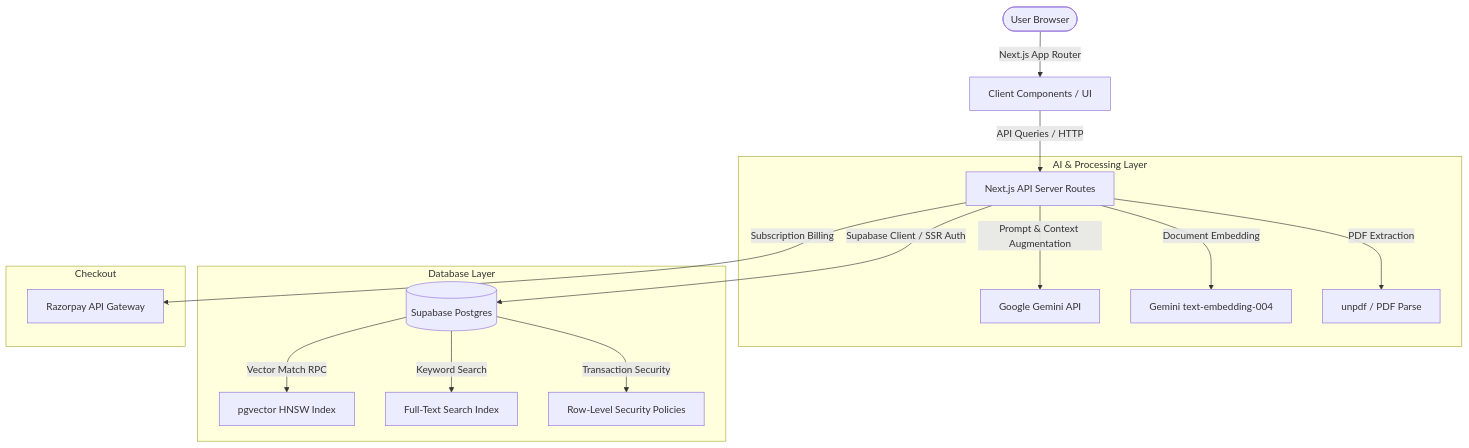
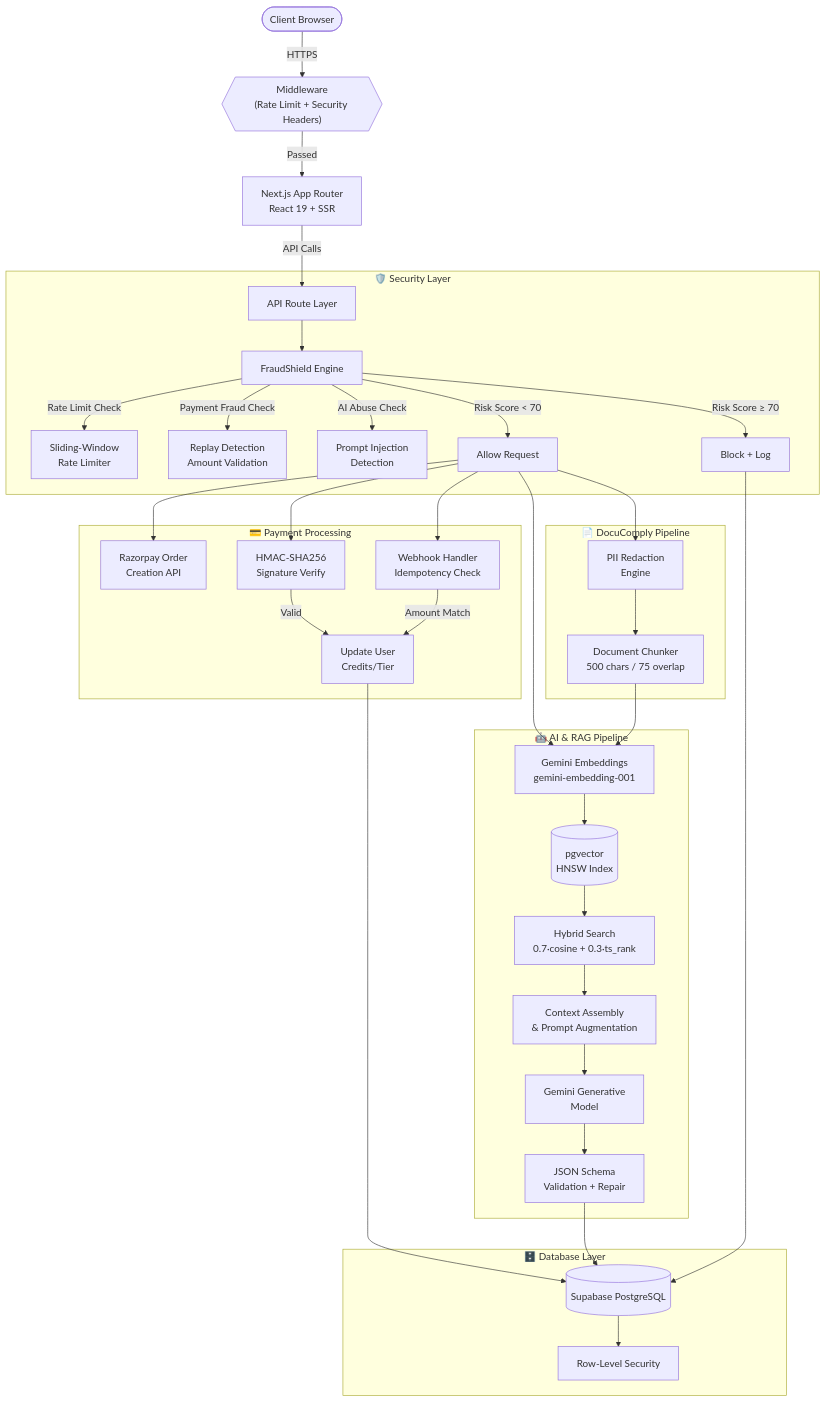
Before and after one commit to kalvaharshith/placementplot: the first of 3 diagrams in README.md, drawn with Mermaid. The commit also changed other lines of this file and 8 other files, not shown here.

Commit message:
chore: polish repo — remove test scripts, add .env.example, rewrite README with payment/fraud/compliance docs

````diff
--- a/README.md
+++ b/README.md
@@ -80,22 +40,45 @@
 ```mermaid
 flowchart TD
-  User([User Browser]) -->|Next.js App Router| Frontend[Client Components / UI]
-  Frontend -->|API Queries / HTTP| API[Next.js API Server Routes]
-  
-  subgraph AI & Processing Layer
-    API -->|Prompt & Context Augmentation| LLM[Google Gemini API]
-    API -->|Document Embedding| Embeddings[Gemini text-embedding-004]
-    API -->|PDF Extraction| Parser[unpdf / PDF Parse]
+  User([Client Browser]) -->|HTTPS| MW{{"Middleware<br/>(Rate Limit + Security Headers)"}}
+  MW -->|Passed| Frontend[Next.js App Router<br/>React 19 + SSR]
+  Frontend -->|API Calls| API[API Route Layer]
+
+  subgraph "🛡️ Security Layer"
+    API --> FS[FraudShield Engine]
+    FS -->|Rate Limit Check| RL[Sliding-Window<br/>Rate Limiter]
+    FS -->|Payment Fraud Check| PF[Replay Detection<br/>Amount Validation]
+    FS -->|AI Abuse Check| AI_SEC[Prompt Injection<br/>Detection]
+    FS -->|Risk Score ≥ 70| BLOCK[Block + Log]
+    FS -->|Risk Score < 70| PASS[Allow Request]
   end
 
-  subgraph Database Layer
-    API -->|Supabase Client / SSR Auth| Supabase[(Supabase Postgres)]
-    Supabase -->|Vector Match RPC| Vector[pgvector HNSW Index]
-    Supabase -->|Keyword Search| FTS[Full-Text Search Index]
-    Supabase -->|Transaction Security| RLS[Row-Level Security Policies]
+  subgraph "💳 Payment Processing"
+    PASS --> RZ_CREATE[Razorpay Order<br/>Creation API]
+    PASS --> RZ_VERIFY[HMAC-SHA256<br/>Signature Verify]
+    PASS --> RZ_WEBHOOK[Webhook Handler<br/>Idempotency Check]
+    RZ_VERIFY -->|Valid| CREDITS[Update User<br/>Credits/Tier]
+    RZ_WEBHOOK -->|Amount Match| CREDITS
   end
 
-  subgraph Checkout
-    API -->|Subscription Billing| Razorpay[Razorpay API Gateway]
+  subgraph "🤖 AI & RAG Pipeline"
+    PASS --> EMB[Gemini Embeddings<br/>gemini-embedding-001]
+    EMB --> VS[(pgvector<br/>HNSW Index)]
+    VS --> HYBRID[Hybrid Search<br/>0.7·cosine + 0.3·ts_rank]
+    HYBRID --> CTX[Context Assembly<br/>& Prompt Augmentation]
+    CTX --> LLM[Gemini Generative<br/>Model]
+    LLM --> JSON[JSON Schema<br/>Validation + Repair]
+  end
+
+  subgraph "📄 DocuComply Pipeline"
+    PASS --> PII[PII Redaction<br/>Engine]
+    PII --> CHUNK[Document Chunker<br/>500 chars / 75 overlap]
+    CHUNK --> EMB
+  end
+
+  subgraph "🗄️ Database Layer"
+    CREDITS --> DB[(Supabase PostgreSQL)]
+    JSON --> DB
+    BLOCK --> DB
+    DB --> RLS[Row-Level Security]
   end
 ```
````
